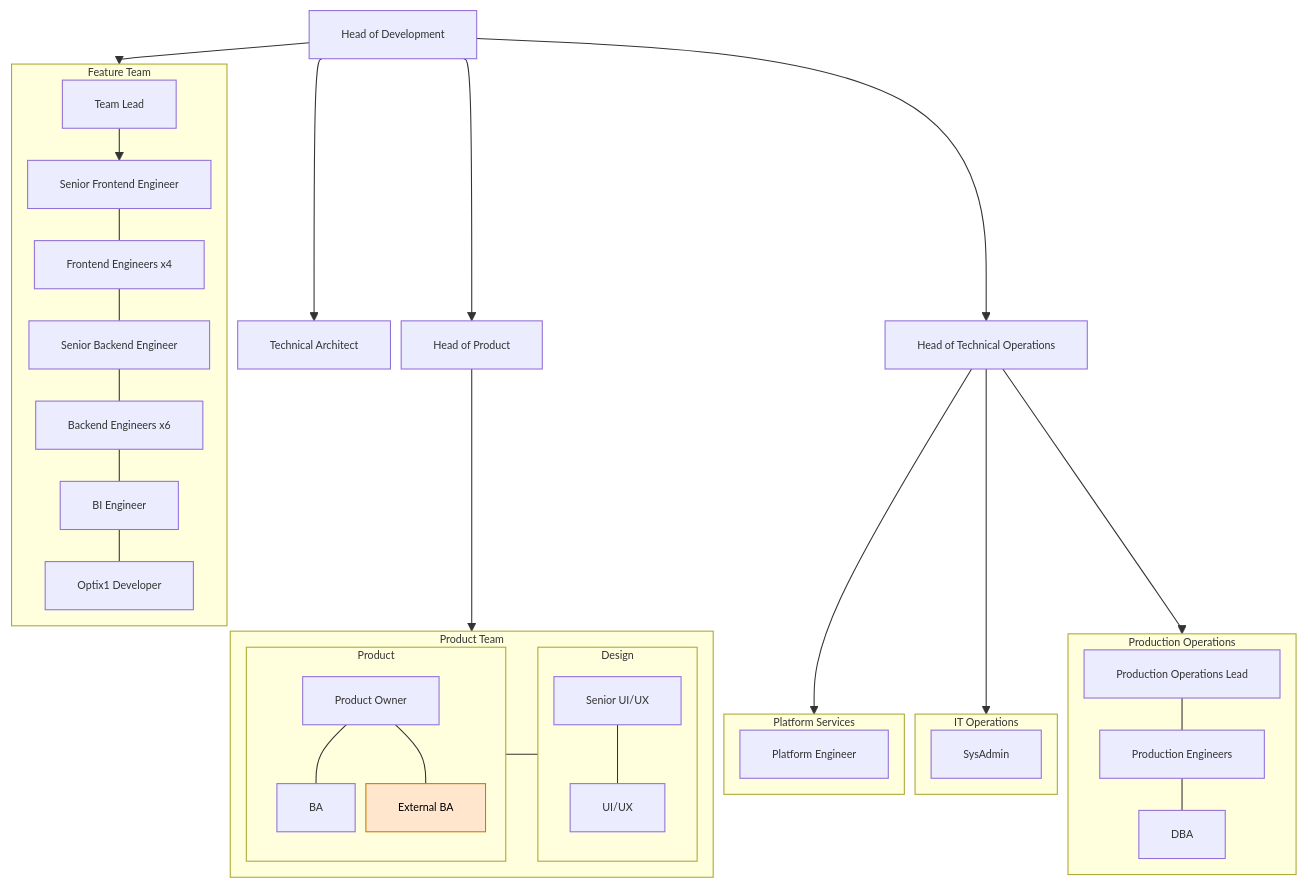
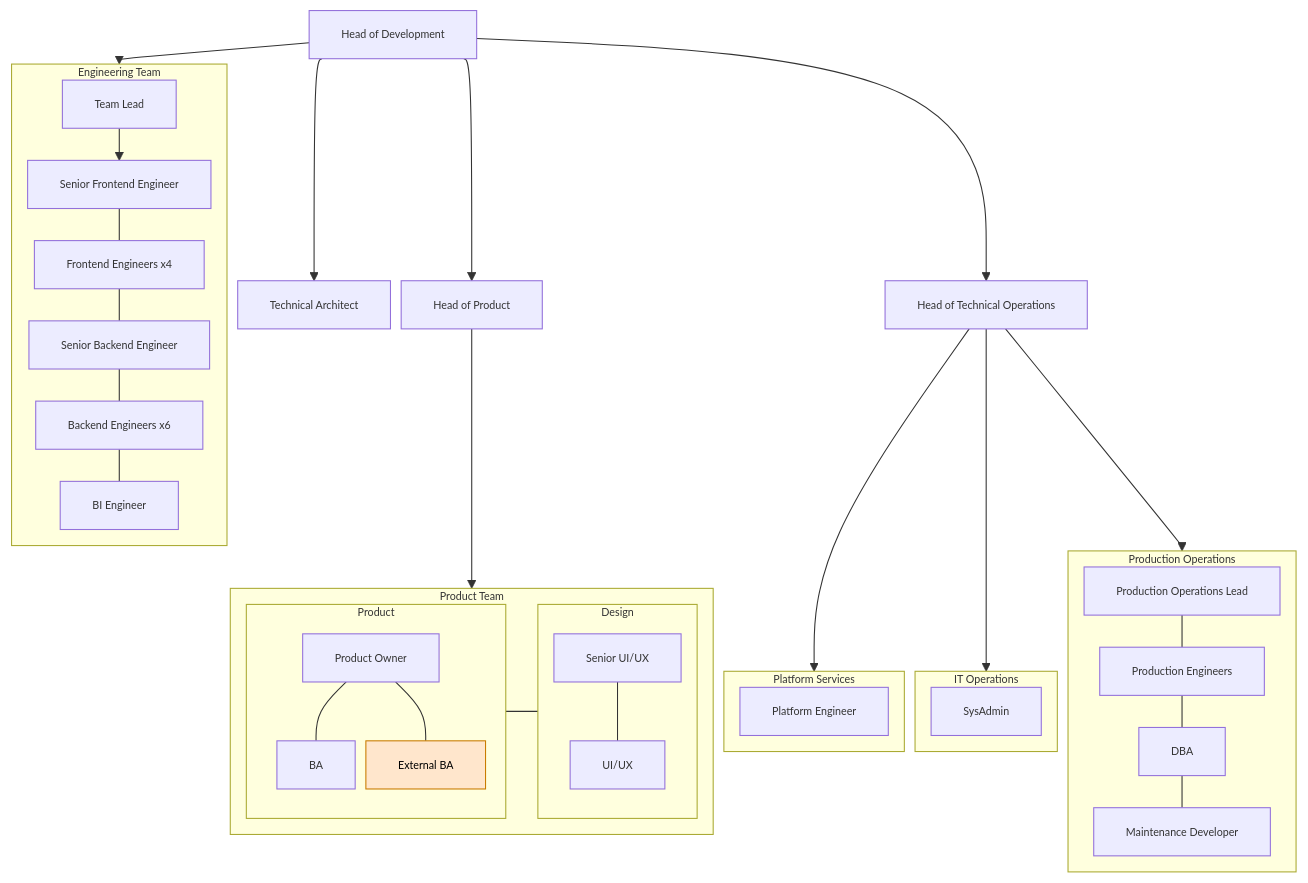
Before and after one commit to michaeljholmes/OrgNetlify: the diagram in OrganisationChart.md, drawn with Mermaid. The commit also changed other lines of this file and 20 other files, not shown here.

````diff
--- a/OrganisationChart.md
+++ b/OrganisationChart.md
@@ -5,81 +5,80 @@
 ```mermaid
 %%{init: {'themeVariables': {'fontSize': '10px'}, 'flowchart': {'nodeSpacing': 10, 'rankSpacing': 5}}}%%
 flowchart TB
     HOD[Head of Development]
 
     HOD --> TA[Technical Architect]
     HOD --> HOP[Head of Product]
     HOD --> HTO[Head of Technical Operations]
 
-    HOD --> FT1
+    HOD --> ET1
 
-    subgraph FT1[Feature Team]
+    subgraph ET1[Engineering Team]
         direction TB
         TL[Team Lead]
         SFE[Senior Frontend Engineer]
         FE1[Frontend Engineers x4]
         SBE[Senior Backend Engineer]
         BE1[Backend Engineers x6]
         BI[BI Engineer]
-        O1D[Optix1 Developer]
 
         TL --> SFE
         SFE --- FE1
         FE1 --- SBE
         SBE --- BE1
         BE1 --- BI
-        BI --- O1D
     end
 
     subgraph PRODUCT[Product Team]
         direction LR
 
         subgraph PRODUCT_REQ[Product]
             direction TB
             PO[Product Owner]
             BA[BA]
             EBA[External BA]
 
             PO --- BA
             PO --- EBA
         end
 
         subgraph PRODUCT_UX[Design]
             direction TB
             HOUIUX[Senior UI/UX]
             UX[UI/UX]
 
             HOUIUX --- UX
         end
 
         PRODUCT_REQ --- PRODUCT_UX
     end
     HOP --> PRODUCT
 
     classDef externalBa fill:#FFE6CC,stroke:#C97C00,color:#000;
     class EBA externalBa;
 
     subgraph PLATFORM_SERVICES[Platform Services]
         direction TB
         PE[Platform Engineer]
     end
 
     subgraph ITOPS[IT Operations]
         direction TB
         SA[SysAdmin]
     end
 
     subgraph PRODUCTION[Production Operations]
         direction TB
         POL[Production Operations Lead]
         PRODE[Production Engineers]
         DBA[DBA]
 
         POL --- PRODE
         PRODE --- DBA
+        DBA --- O1D[Maintenance Developer]
     end
 
     HTO --> PLATFORM_SERVICES
     HTO --> ITOPS
     HTO --> PRODUCTION
 ```
````
